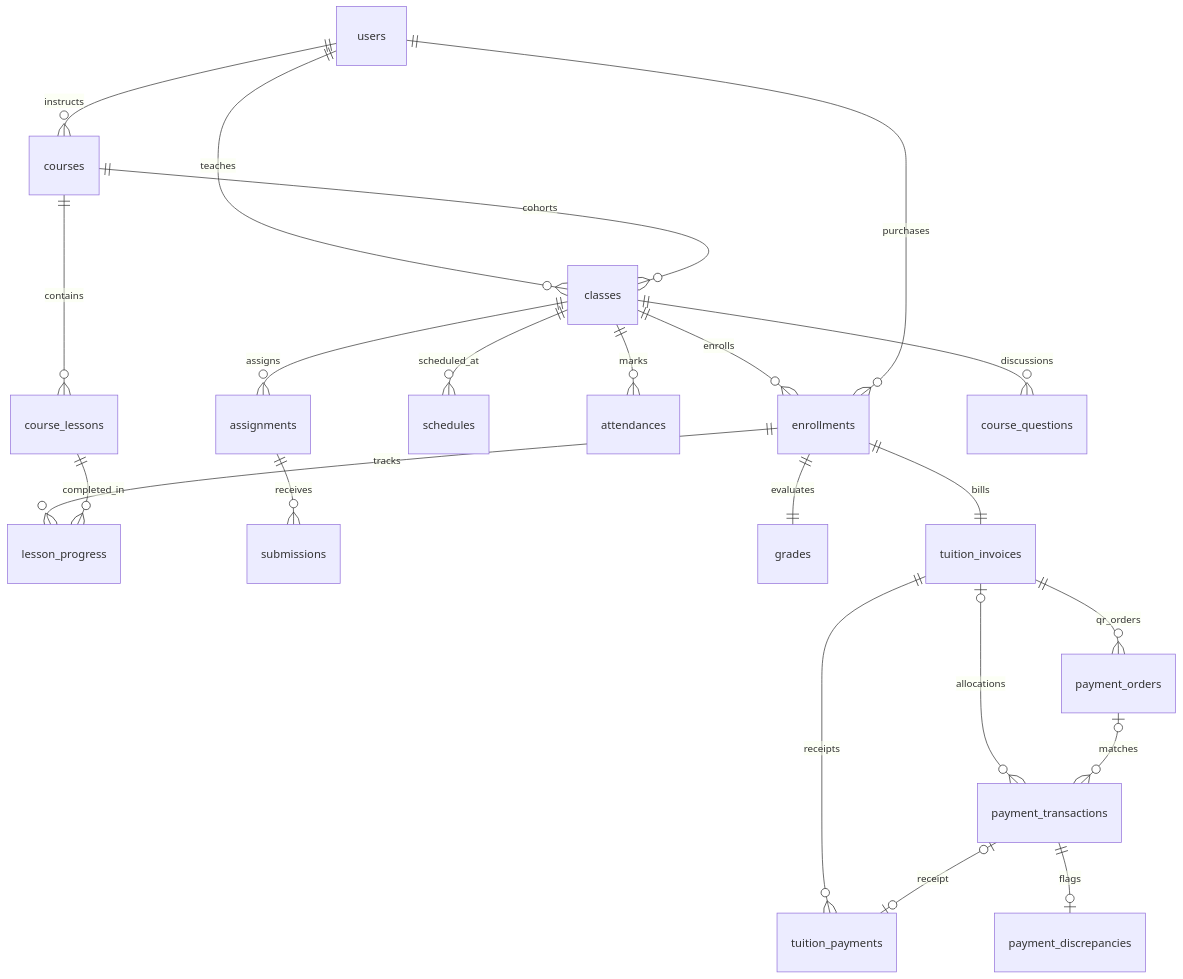
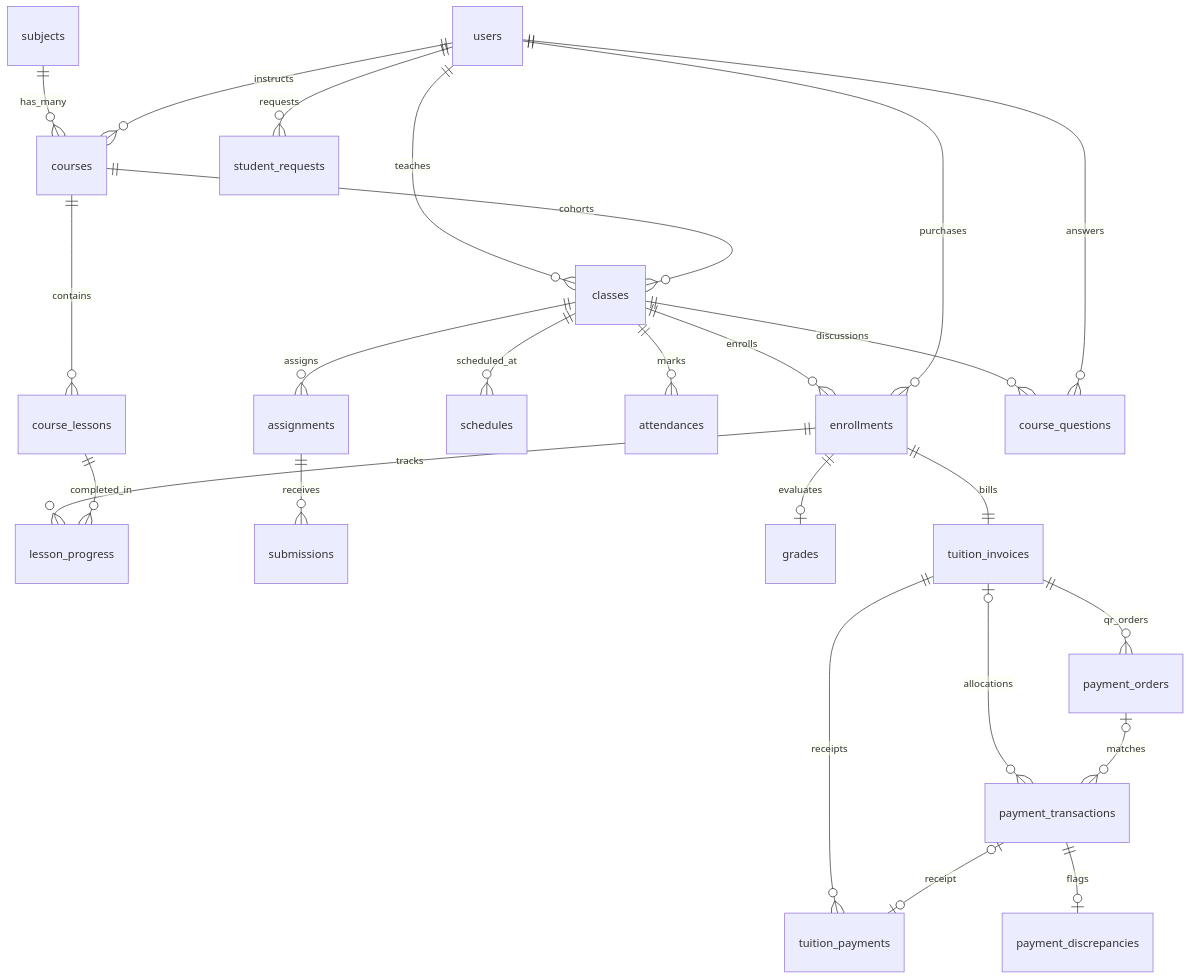
Before and after one commit to tranminhtamtt/Education-Management-System: the fourth of 4 diagrams in Education Management System.md, drawn with Mermaid. The commit also changed other lines of this file and 16 other files, not shown here.

````diff
--- a/Education Management System.md
+++ b/Education Management System.md
@@ -428,24 +435,27 @@
 ```mermaid
 erDiagram
+    subjects ||--o{ courses : has_many
     users ||--o{ courses : instructs
     users ||--o{ classes : teaches
     courses ||--o{ course_lessons : contains
     courses ||--o{ classes : cohorts
     classes ||--o{ enrollments : enrolls
     users ||--o{ enrollments : purchases
     enrollments ||--o{ lesson_progress : tracks
     course_lessons ||--o{ lesson_progress : completed_in
     classes ||--o{ schedules : scheduled_at
     classes ||--o{ attendances : marks
     classes ||--o{ assignments : assigns
     assignments ||--o{ submissions : receives
     classes ||--o{ course_questions : discussions
-    enrollments ||--|| grades : evaluates
+    users ||--o{ course_questions : answers
+    users ||--o{ student_requests : requests
+    enrollments ||--o| grades : evaluates
     enrollments ||--|| tuition_invoices : bills
     tuition_invoices ||--o{ tuition_payments : receipts
     tuition_invoices ||--o{ payment_orders : qr_orders
     tuition_invoices |o--o{ payment_transactions : allocations
     payment_orders |o--o{ payment_transactions : matches
     payment_transactions |o--o| tuition_payments : receipt
     payment_transactions ||--o| payment_discrepancies : flags
 ```
````
